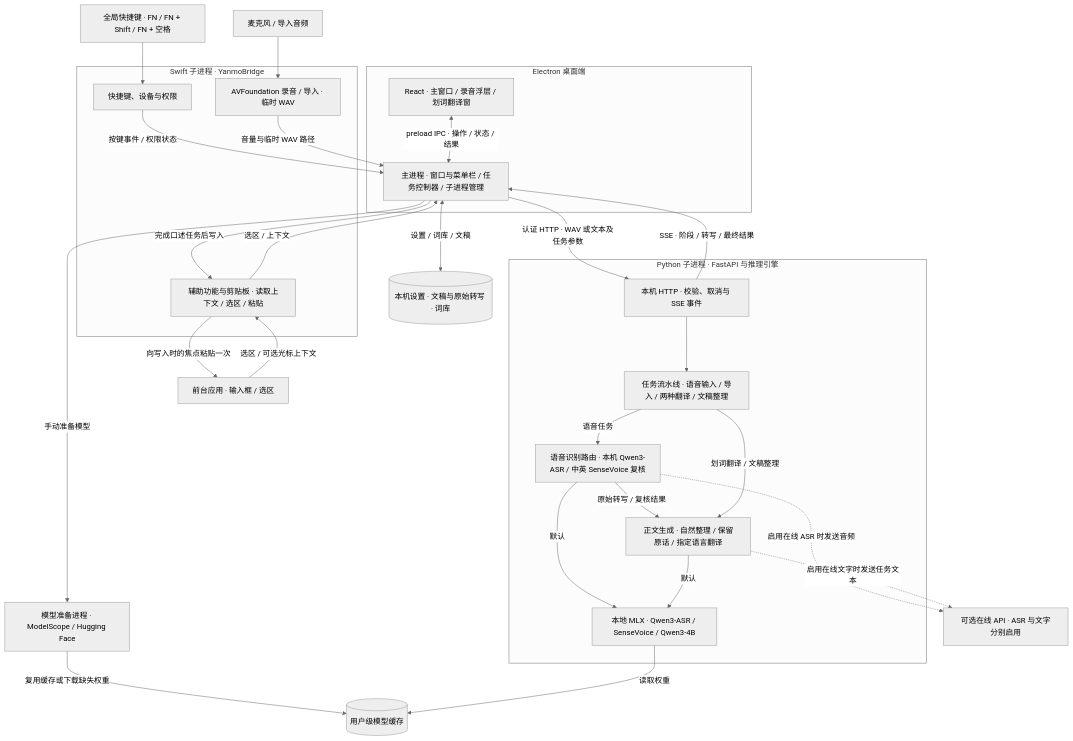
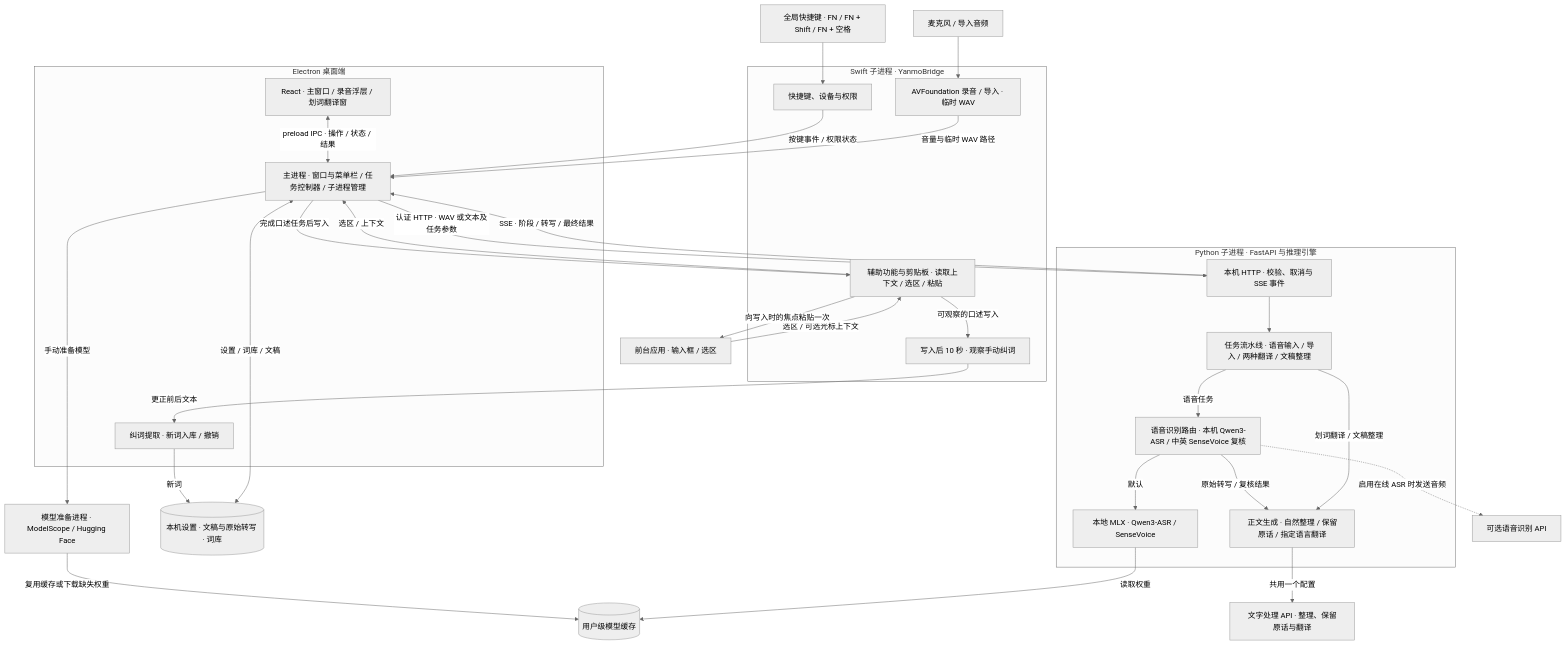
The diagram in docs/architecture/current-modules.md (Happenmass/Yanmo), drawn with Mermaid (neutral theme) before and after one commit. The commit also changed other lines of this file and 51 other files, not shown here.

Commit message:
Use a single text API for dictation and translation

````diff
--- a/docs/architecture/current-modules.md
+++ b/docs/architecture/current-modules.md
@@ -5,54 +5,59 @@
 ```mermaid
 flowchart TB
     Hotkey["全局快捷键 · FN / FN + Shift / FN + 空格"]
     Mic["麦克风 / 导入音频"]
     App["前台应用 · 输入框 / 选区"]
 
     subgraph Native["Swift 子进程 · YanmoBridge"]
         Keys["快捷键、设备与权限"]
         Audio["AVFoundation 录音 / 导入 · 临时 WAV"]
         Access["辅助功能与剪贴板 · 读取上下文 / 选区 / 粘贴"]
+        Observe["写入后 10 秒 · 观察手动纠词"]
     end
 
     subgraph Desktop["Electron 桌面端"]
         UI["React · 主窗口 / 录音浮层 / 划词翻译窗"]
         Main["主进程 · 窗口与菜单栏 / 任务控制器 / 子进程管理"]
+        Learn["纠词提取 · 新词入库 / 撤销"]
     end
 
     subgraph Backend["Python 子进程 · FastAPI 与推理引擎"]
         API["本机 HTTP · 校验、取消与 SSE 事件"]
         Flow["任务流水线 · 语音输入 / 导入 / 两种翻译 / 文稿整理"]
         ASR["语音识别路由 · 本机 Qwen3-ASR / 中英 SenseVoice 复核"]
         Text["正文生成 · 自然整理 / 保留原话 / 指定语言翻译"]
-        Local["本地 MLX · Qwen3-ASR / SenseVoice / Qwen3-4B"]
+        Local["本地 MLX · Qwen3-ASR / SenseVoice"]
     end
 
     Disk[("本机设置 · 文稿与原始转写 · 词库")]
     Setup["模型准备进程 · ModelScope / Hugging Face"]
     Models[("用户级模型缓存")]
-    Online["可选在线 API · ASR 与文字分别启用"]
+    OnlineASR["可选语音识别 API"]
+    TextAPI["文字处理 API · 整理、保留原话与翻译"]
 
     Hotkey --> Keys
     Mic --> Audio
     App -->|"选区 / 可选光标上下文"| Access
     Keys -->|"按键事件 / 权限状态"| Main
     Audio -->|"音量与临时 WAV 路径"| Main
     Access -->|"选区 / 上下文"| Main
     Main -->|"完成口述任务后写入"| Access
     Access -->|"向写入时的焦点粘贴一次"| App
+    Access -->|"可观察的口述写入"| Observe
+    Observe -->|"更正前后文本"| Learn
+    Learn -->|"新词"| Disk
     UI <-->|"preload IPC · 操作 / 状态 / 结果"| Main
     Main <-->|"设置 / 词库 / 文稿"| Disk
     Main -->|"手动准备模型"| Setup
     Setup -->|"复用缓存或下载缺失权重"| Models
     Main -->|"认证 HTTP · WAV 或文本及任务参数"| API
     API -->|"SSE · 阶段 / 转写 / 最终结果"| Main
     API --> Flow
     Flow -->|"语音任务"| ASR
     ASR -->|"原始转写 / 复核结果"| Text
     Flow -->|"划词翻译 / 文稿整理"| Text
     ASR -->|"默认"| Local
-    Text -->|"默认"| Local
     Local -->|"读取权重"| Models
-    ASR -. "启用在线 ASR 时发送音频" .-> Online
-    Text -. "启用在线文字时发送任务文本" .-> Online
+    ASR -. "启用在线 ASR 时发送音频" .-> OnlineASR
+    Text -->|"共用一个配置"| TextAPI
 ```
````
